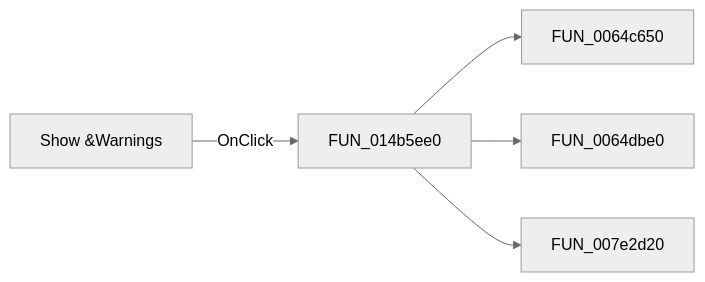
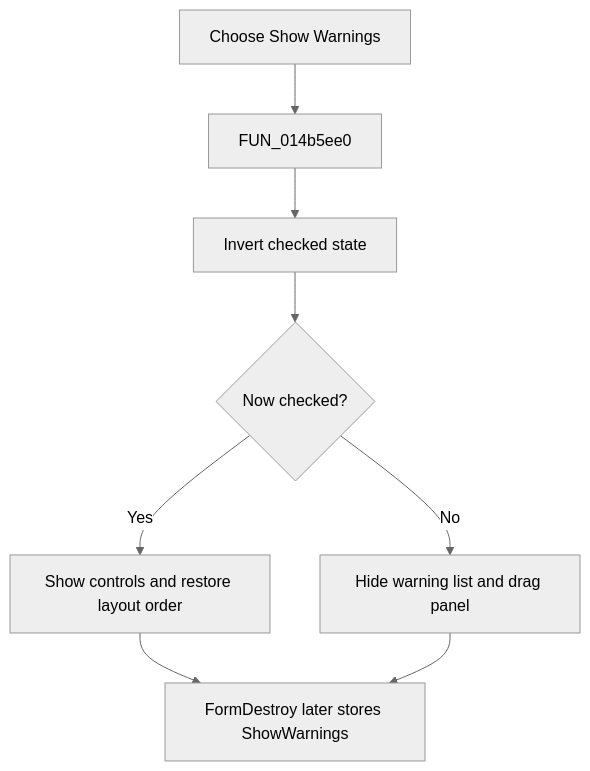
One commit to MovGP0/TIARA changed the diagram in docs/ui-controls/netlistviewer/mishowwarnings-b65a7fac4e.md. Above: the diagram before and after it, drawn with Mermaid (neutral theme). The commit also changed other lines of this file and 1062 other files, not shown here.

````diff
--- a/docs/ui-controls/netlistviewer/mishowwarnings-b65a7fac4e.md
+++ b/docs/ui-controls/netlistviewer/mishowwarnings-b65a7fac4e.md
@@ -27,7 +27,10 @@
 ```mermaid
-flowchart LR
-    control["Show &Warnings"] -->|OnClick| handler["FUN_014b5ee0"]
-    handler --> call1["FUN_0064c650"]
-    handler --> call2["FUN_0064dbe0"]
-    handler --> call3["FUN_007e2d20"]
+flowchart TD
+    control["Choose Show Warnings"] --> handler["FUN_014b5ee0"]
+    handler --> toggle["Invert checked state"]
+    toggle --> state{"Now checked?"}
+    state -->|No| hide["Hide warning list and drag panel"]
+    state -->|Yes| show["Show controls and restore layout order"]
+    show --> persist["FormDestroy later stores ShowWarnings"]
+    hide --> persist
 ```
````
